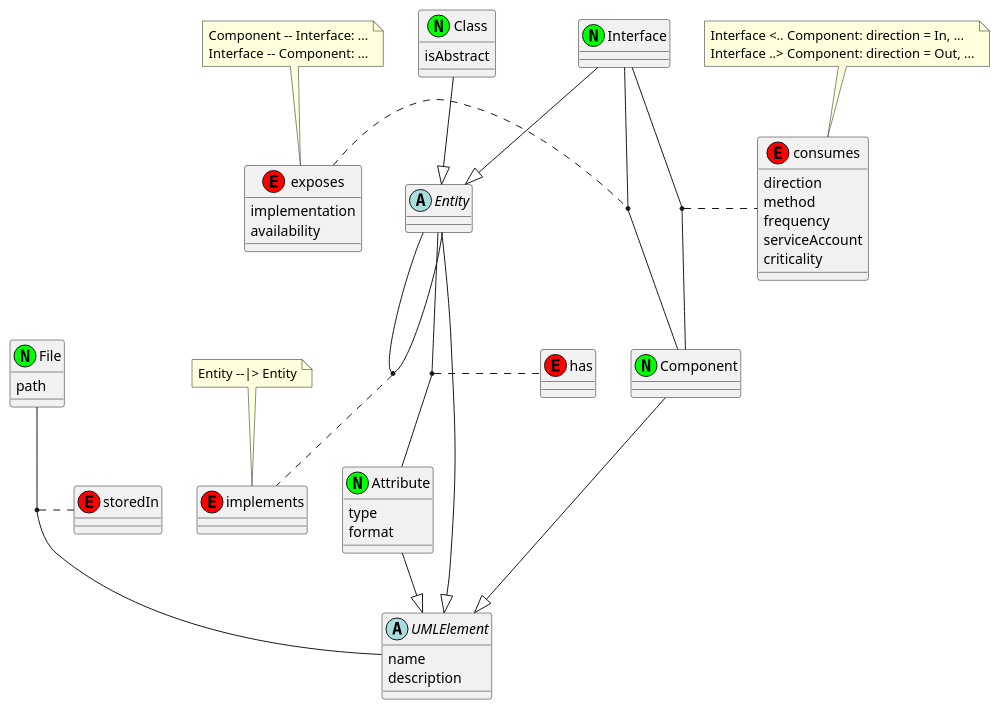
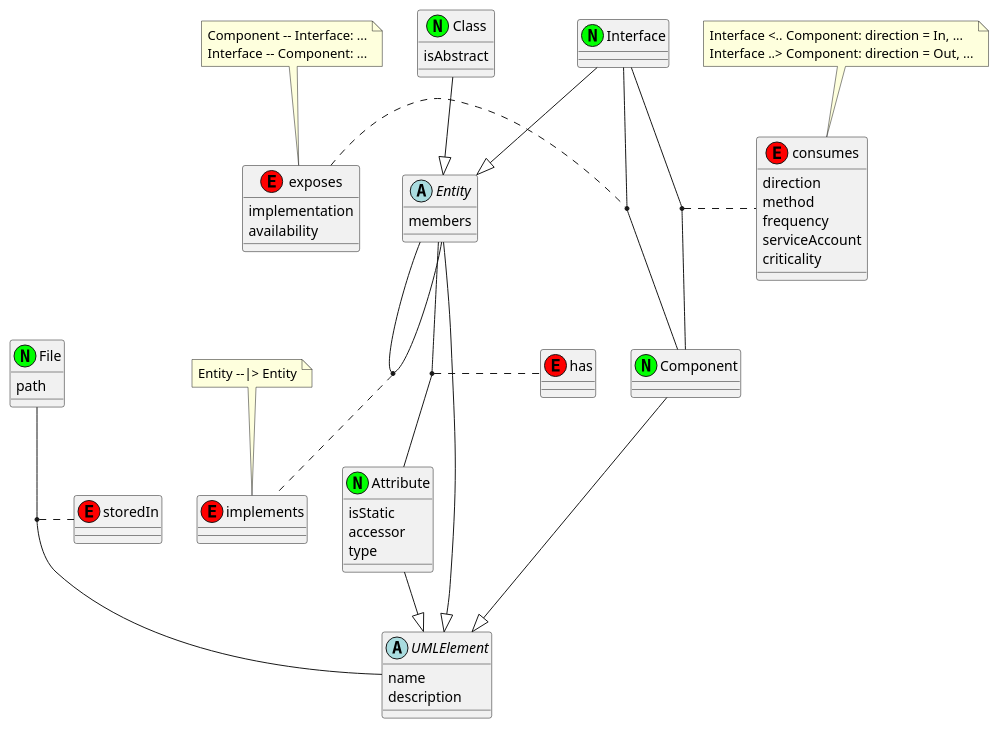
The diagram in src/formatters/README.md (Enteee/plantuml-parser), drawn with PlantUML before and after one commit. The commit also changed 13 other files, not shown here.

````diff
--- a/src/formatters/README.md
+++ b/src/formatters/README.md
@@ -5,75 +5,77 @@
 ```plantuml
 @startuml
 class has << (E,#FF0000) >> {
 }
 class storedIn << (E,#FF0000) >> {
 }
 class implements << (E,#FF0000) >> {
 }
 note top
   Entity --|> Entity
 end note
 class exposes << (E,#FF0000) >> {
   implementation
   availability
 }
 note top
   Component -- Interface: ...
   Interface -- Component: ...
 end note
 
 class consumes << (E,#FF0000) >> {
   direction
   method
   frequency
   serviceAccount
   criticality
 }
 note top 
   Interface <.. Component: direction = In, ...
   Interface ..> Component: direction = Out, ...
 end note
 
 abstract class UMLElement {
   name
   description
 }
 
 abstract class Entity {
+  members
 }
 Entity --|> UMLElement
 Entity -- Entity
 (Entity, Entity) .. implements
 Entity -- Attribute
 (Entity, Attribute) .. has
 
 class Class << (N,#00FF00) >> {
   isAbstract
 }
 Class --|> Entity
 
 class Interface << (N,#00FF00) >> {
 }
 Interface --|> Entity
 Interface -- Component
 (Interface, Component) .. exposes
 Interface -- Component
 (Interface, Component) .. consumes
 
 class Attribute << (N,#00FF00) >> {
+  isStatic
+  accessor
   type
-  format
 }
 Attribute --|> UMLElement
 
 class File << (N,#00FF00) >> {
   path
 }
 File -- UMLElement
 (File, UMLElement) .. storedIn
 
 class Component << (N,#00FF00) >> {
 }
 Component --|> UMLElement
 @enduml
 ```
````
